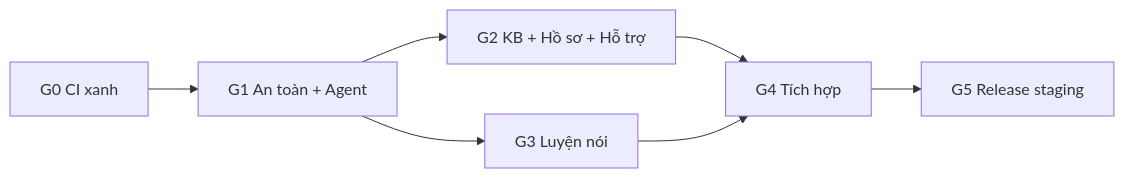
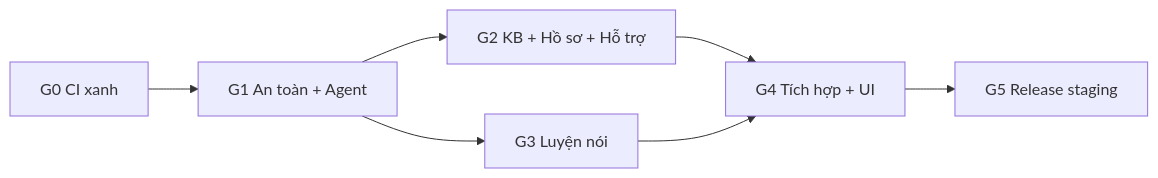
One commit to mhiu05/MoodPrint changed the diagram in docs/moodprint-school-safety/00-executive-summary.md. Above: the diagram before and after it, drawn with Mermaid. The commit also changed other lines of this file and 25 other files, not shown here.

````diff
--- a/docs/moodprint-school-safety/00-executive-summary.md
+++ b/docs/moodprint-school-safety/00-executive-summary.md
@@ -33,9 +47,9 @@
 ```mermaid
 flowchart LR
     G0[G0 CI xanh] --> G1[G1 An toàn + Agent]
     G1 --> G2[G2 KB + Hồ sơ + Hỗ trợ]
     G1 --> G3[G3 Luyện nói]
-    G2 --> G4[G4 Tích hợp]
+    G2 --> G4[G4 Tích hợp + UI]
     G3 --> G4
     G4 --> G5[G5 Release staging]
 ```
````
